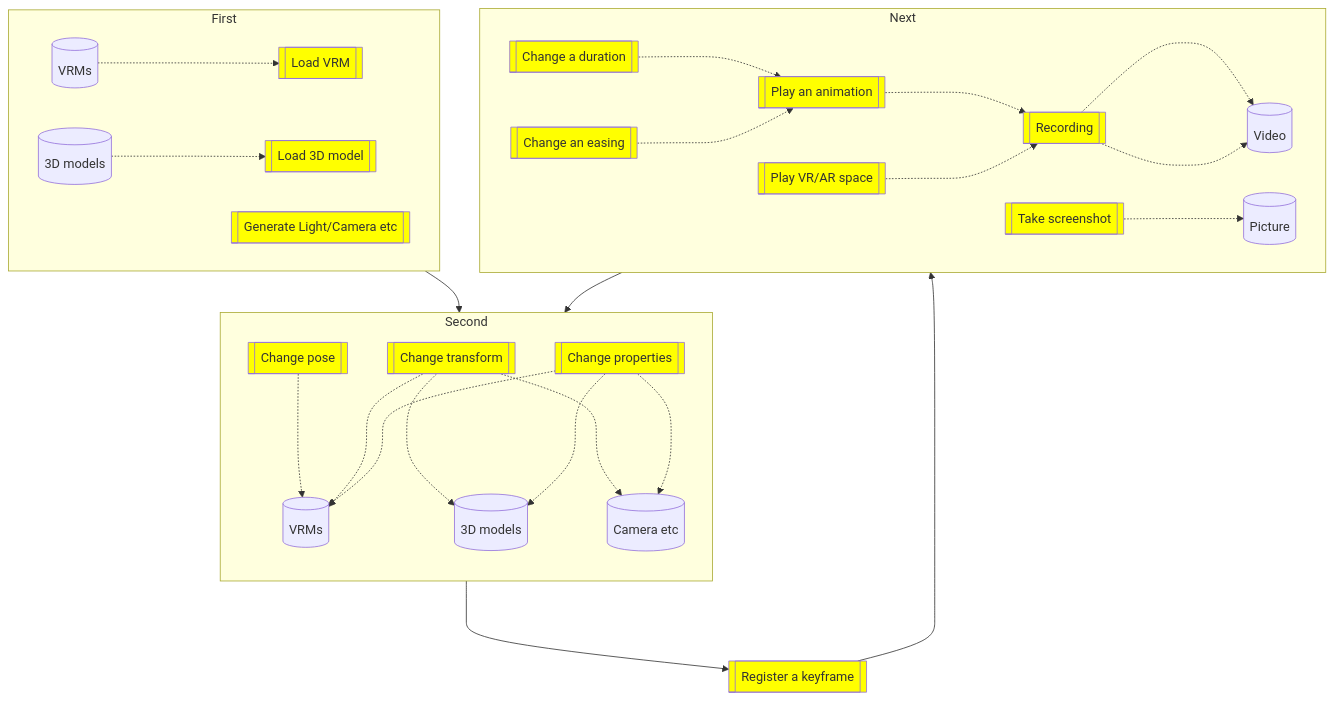
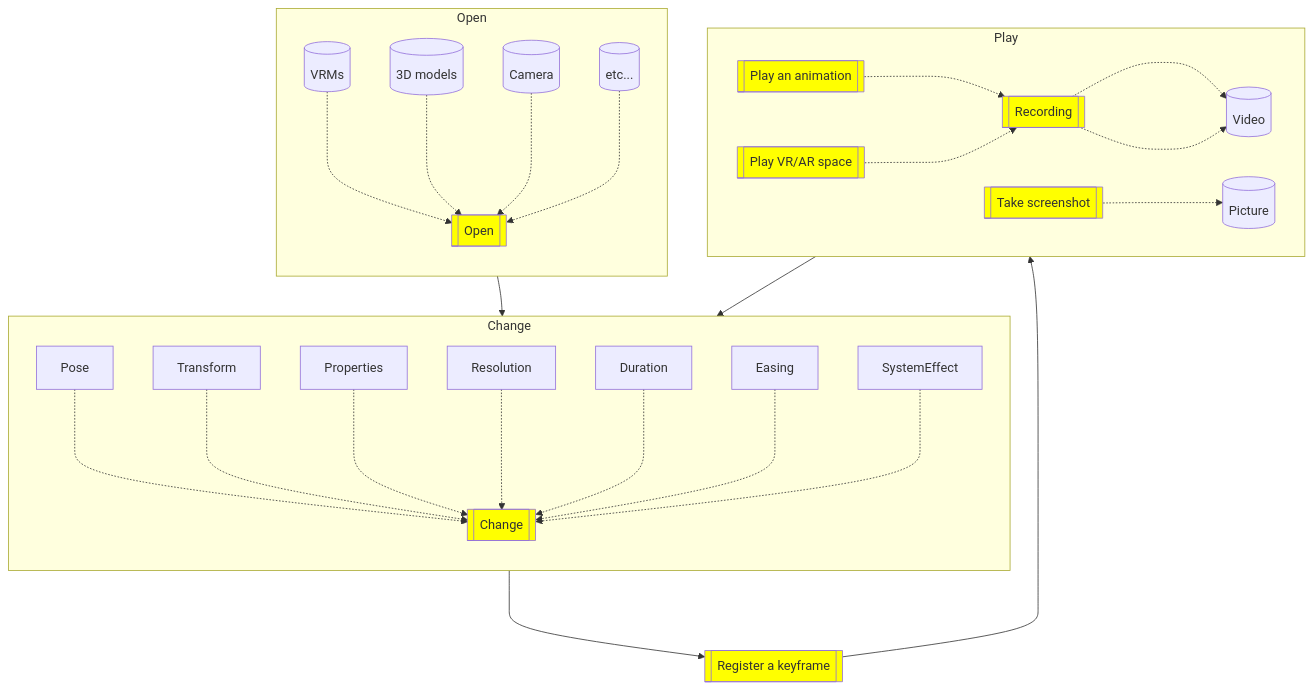
One commit to nishlumi/vrmviewmdoc changed the diagram in docs/source/man5/gen_use_user.rst. Above: the diagram before and after it, drawn with Mermaid. The commit also changed other lines of this file and 38 other files, not shown here.

```diff
--- a/docs/source/man5/gen_use_user.rst
+++ b/docs/source/man5/gen_use_user.rst
@@ -9,71 +9,72 @@
 .. mermaid::
 
     flowchart TB
-    subgraph First
-        direction LR
-        input_vrm[["Load VRM"]]
-        input_3d[["Load 3D model"]]
-        open_internalobj[["Generate Light/Camera etc"]]
+    subgraph Open
+        direction TB
+        open_func[["Open"]]
 
         file_vrm[("VRMs")]
         file_3d[("3D models")]
-        file_vrm -..-> input_vrm
-        file_3d -..-> input_3d
+        file_cam[("Camera")]
+        file_other[("etc...")]
+        file_vrm -..-> open_func
+        file_3d -..-> open_func
+        file_cam -..-> open_func
+        file_other -..-> open_func
 
-        style input_vrm fill:#FFFF00
-        style input_3d fill:#FFFF00
-        style open_internalobj fill:#FFFF00
+        style open_func fill:#FFFF00
     end
     
-    subgraph Second
+    subgraph Change
         direction TB
-        change_pose[["Change pose"]]
-        change_transform[["Change transform"]]
-        change_properties[["Change properties"]]
+        chtarget_pose["Pose"]
+        chtarget_transform["Transform"]
+        chtarget_properties["Properties"]
+        chtarget_resolution["Resolution"]
+        change_duration["Duration"]
+        change_easing["Easing"]
+        change_syseff["SystemEffect"]
 
-        data_vrm[("VRMs")]
-        data_3d[("3D models")]
-        data_camera[("Camera etc")]
+        change_func[["Change"]]
 
-        %%data_vrm & data_3d & data_camera -..-> change_pose & change_properties
-        change_pose -..-> data_vrm
-        change_transform & change_properties -..-> data_vrm & data_3d & data_camera
+        chtarget_pose -..-> change_func
+        chtarget_transform -..-> change_func
+        chtarget_properties -..-> change_func
+        chtarget_resolution -..-> change_func
+        change_duration -..-> change_func
+        change_easing -..-> change_func
+        change_syseff -..-> change_func
 
-        style change_pose fill:#FFFF00
-        style change_transform fill:#FFFF00
-        style change_properties fill:#FFFF00
+        style change_func fill:#FFFF00
+
     end
 
     reg_keyframe[["Register a keyframe"]]
 
-    subgraph Next
+    subgraph Play
         direction LR
         
-        change_duration[["Change a duration"]]
-        change_easing[["Change an easing"]]
         play_animation[["Play an animation"]]
         get_screenshot[["Take screenshot"]]
         get_movie[["Recording"]]
         play_vrar[["Play VR/AR space"]]
 
         file_picture[("Picture")]
         file_movie[("Video")]
 
-        change_duration & change_easing -..-> play_animation -..-> get_movie -..-> file_movie
+        play_animation -..-> get_movie -..-> file_movie
         play_vrar -..-> get_movie -..-> file_movie
         get_screenshot -..-> file_picture
 
         style reg_keyframe fill:#FFFF00
-        style change_duration fill:#FFFF00
-        style change_easing fill:#FFFF00
         style play_animation fill:#FFFF00
         style get_screenshot fill:#FFFF00
         style get_movie fill:#FFFF00
         style play_vrar fill:#FFFF00
     end
 
-    First ~~~ Second  ~~~ Next 
+    Open ~~~ Change  ~~~ Play 
 
-    First --> Second
-    Second ---> reg_keyframe --> Next
-    Next --> Second
+    Open --> Change
+    Change ---> reg_keyframe --> Play
+    Play --> Change
```
